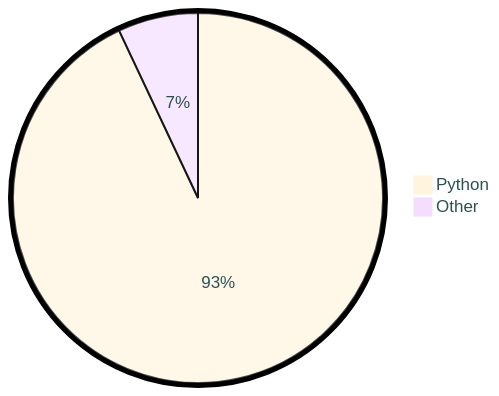
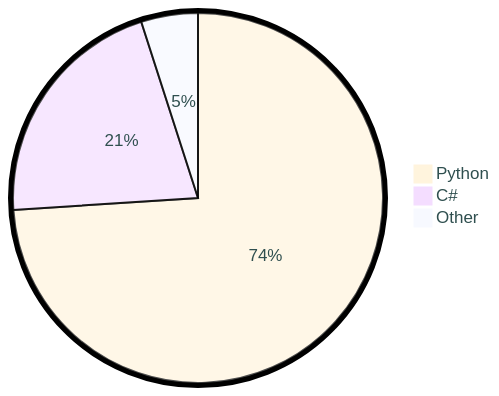
One commit to tot0p/tot0p changed the diagram in README.md. Above: the diagram before and after it, drawn with Mermaid. The commit also changed other lines of this file, not shown here.

````diff
--- a/README.md
+++ b/README.md
@@ -74,6 +76,7 @@
 ```mermaid
 %%{init: {"pie": {"textPosition": 0.5}, "themeVariables": {"pieOuterStrokeWidth": "5px","primaryTextColor" : "#2F4F4F"},"theme":"base"} }%%
 pie
-	"Python": 92.99
-	"Other": 7.01
+	"Python": 73.97
+	"C#": 21.06
+	"Other": 4.959999999999999
 ```
````
